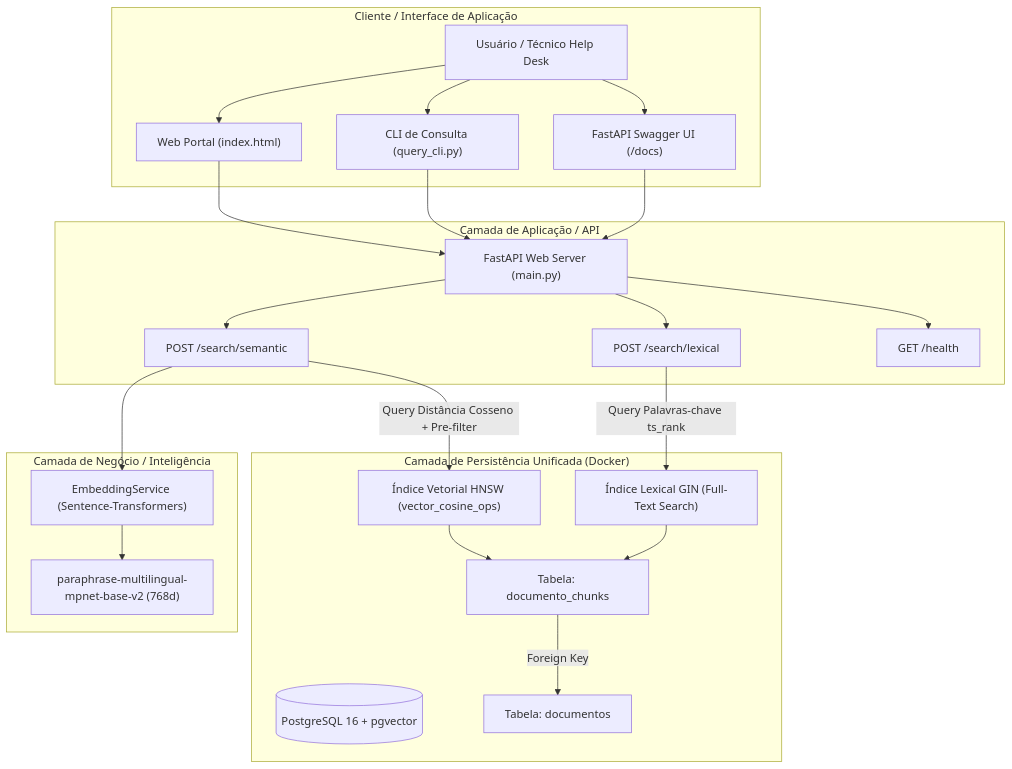
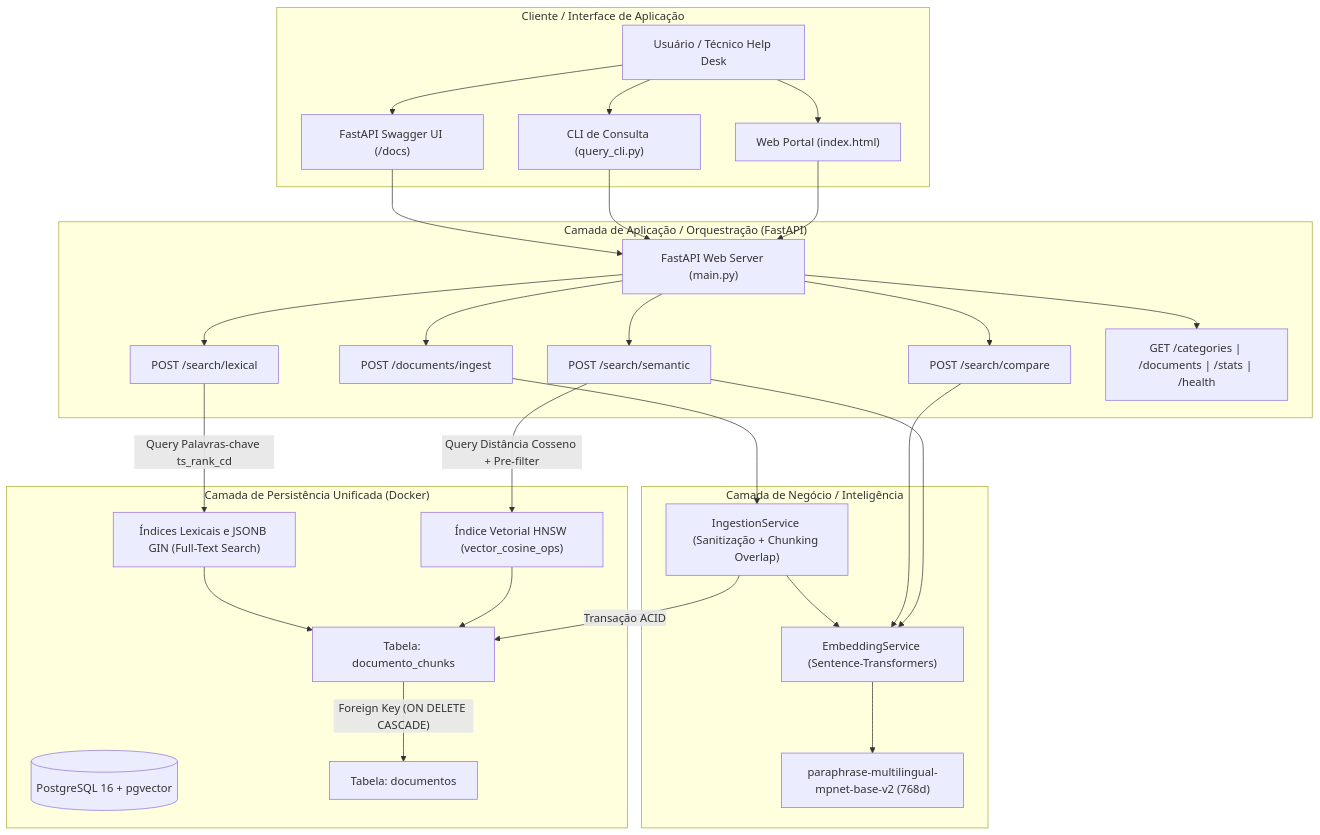
Before and after one commit to MatheusAquinoo/tcc-busca-semantica: the diagram in README.md, drawn with Mermaid. The commit also changed other lines of this file and 22 other files, not shown here.

````diff
--- a/README.md
+++ b/README.md
@@ -16,43 +16,50 @@
 ```mermaid
 flowchart TD
     subgraph Cliente["Cliente / Interface de Aplicação"]
         User["Usuário / Técnico Help Desk"]
         WebUI["Web Portal (index.html)"]
         CLI["CLI de Consulta (query_cli.py)"]
         Swagger["FastAPI Swagger UI (/docs)"]
         User --> WebUI
         User --> CLI
         User --> Swagger
     end
 
-    subgraph Camada_API["Camada de Aplicação / API"]
+    subgraph Camada_API["Camada de Aplicação / Orquestração (FastAPI)"]
         FastAPI["FastAPI Web Server (main.py)"]
         WebUI --> FastAPI
         CLI --> FastAPI
         Swagger --> FastAPI
         FastAPI --> SemRoute["POST /search/semantic"]
         FastAPI --> LexRoute["POST /search/lexical"]
-        FastAPI --> HealthRoute["GET /health"]
+        FastAPI --> CompRoute["POST /search/compare"]
+        FastAPI --> IngestRoute["POST /documents/ingest"]
+        FastAPI --> CatRoute["GET /categories | /documents | /stats | /health"]
     end
 
     subgraph Camada_Negocio["Camada de Negócio / Inteligência"]
         EmbedService["EmbeddingService (Sentence-Transformers)"]
+        IngestService["IngestionService (Sanitização + Chunking Overlap)"]
         Model["paraphrase-multilingual-mpnet-base-v2 (768d)"]
         EmbedService --> Model
         SemRoute --> EmbedService
+        CompRoute --> EmbedService
+        IngestRoute --> IngestService
+        IngestService --> EmbedService
     end
 
     subgraph Camada_Dados["Camada de Persistência Unificada (Docker)"]
         Postgres[(PostgreSQL 16 + pgvector)]
         T_Doc["Tabela: documentos"]
         T_Chunks["Tabela: documento_chunks"]
         HNSW["Índice Vetorial HNSW (vector_cosine_ops)"]
-        GIN["Índice Lexical GIN (Full-Text Search)"]
+        GIN["Índices Lexicais e JSONB GIN (Full-Text Search)"]
         
         SemRoute -->|"Query Distância Cosseno + Pre-filter"| HNSW
-        LexRoute -->|"Query Palavras-chave ts_rank"| GIN
+        LexRoute -->|"Query Palavras-chave ts_rank_cd"| GIN
+        IngestService -->|"Transação ACID"| T_Chunks
         HNSW --> T_Chunks
         GIN --> T_Chunks
-        T_Chunks -->|"Foreign Key"| T_Doc
+        T_Chunks -->|"Foreign Key (ON DELETE CASCADE)"| T_Doc
     end
 ```
````
